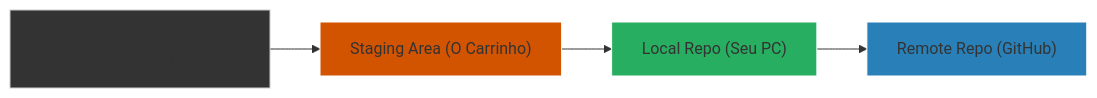
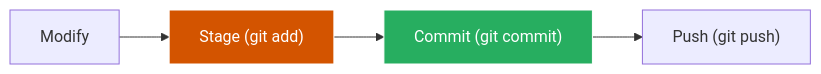
Before and after one commit to Mushyc/WIKI_MATHEUS_TI: the first of 2 diagrams in guias/Curso_Git_GitHub.md, drawn with Mermaid. The commit also changed other lines of this file and 18 other files, not shown here.

````diff
--- a/guias/Curso_Git_GitHub.md
+++ b/guias/Curso_Git_GitHub.md
@@ -13,11 +19,9 @@
 ```mermaid
 graph LR
-    WD["Working Directory (Seus Arquivos)"] --> SA["Staging Area (O Carrinho)"]
-    SA --> LR["Local Repo (Seu PC)"]
-    LR --> RR["Remote Repo (GitHub)"]
+    A["Modify"] --> B["Stage (git add)"]
+    B --> C["Commit (git commit)"]
+    C --> D["Push (git push)"]
     
-    style WD fill:#333,stroke:#ccc
-    style SA fill:#d35400,stroke:#fff
-    style LR fill:#27ae60,stroke:#fff
-    style RR fill:#2980b9,stroke:#fff
+    style B fill:#d35400,stroke:#fff,color:#fff
+    style C fill:#27ae60,stroke:#fff,color:#fff
 ```
````
